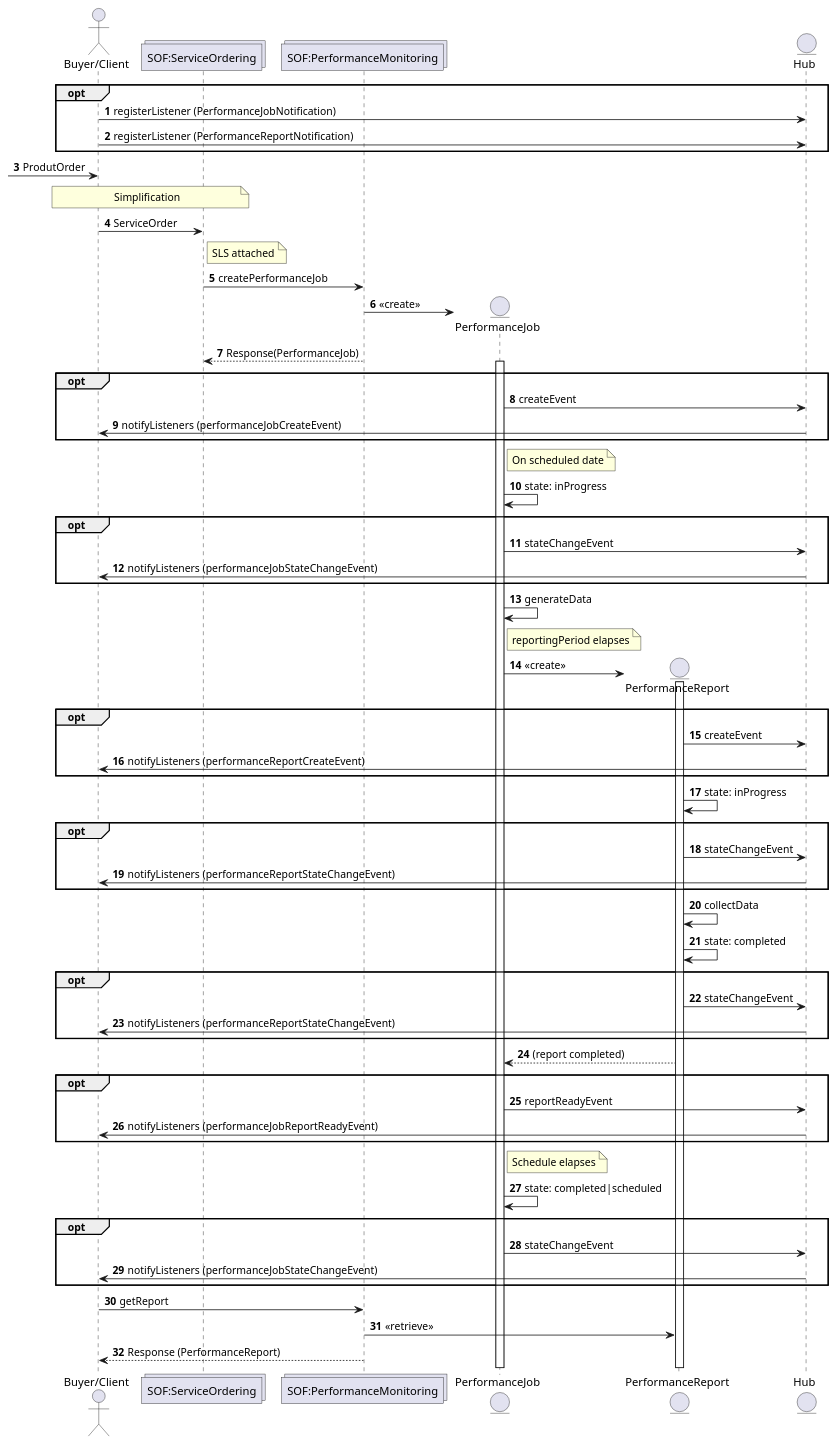
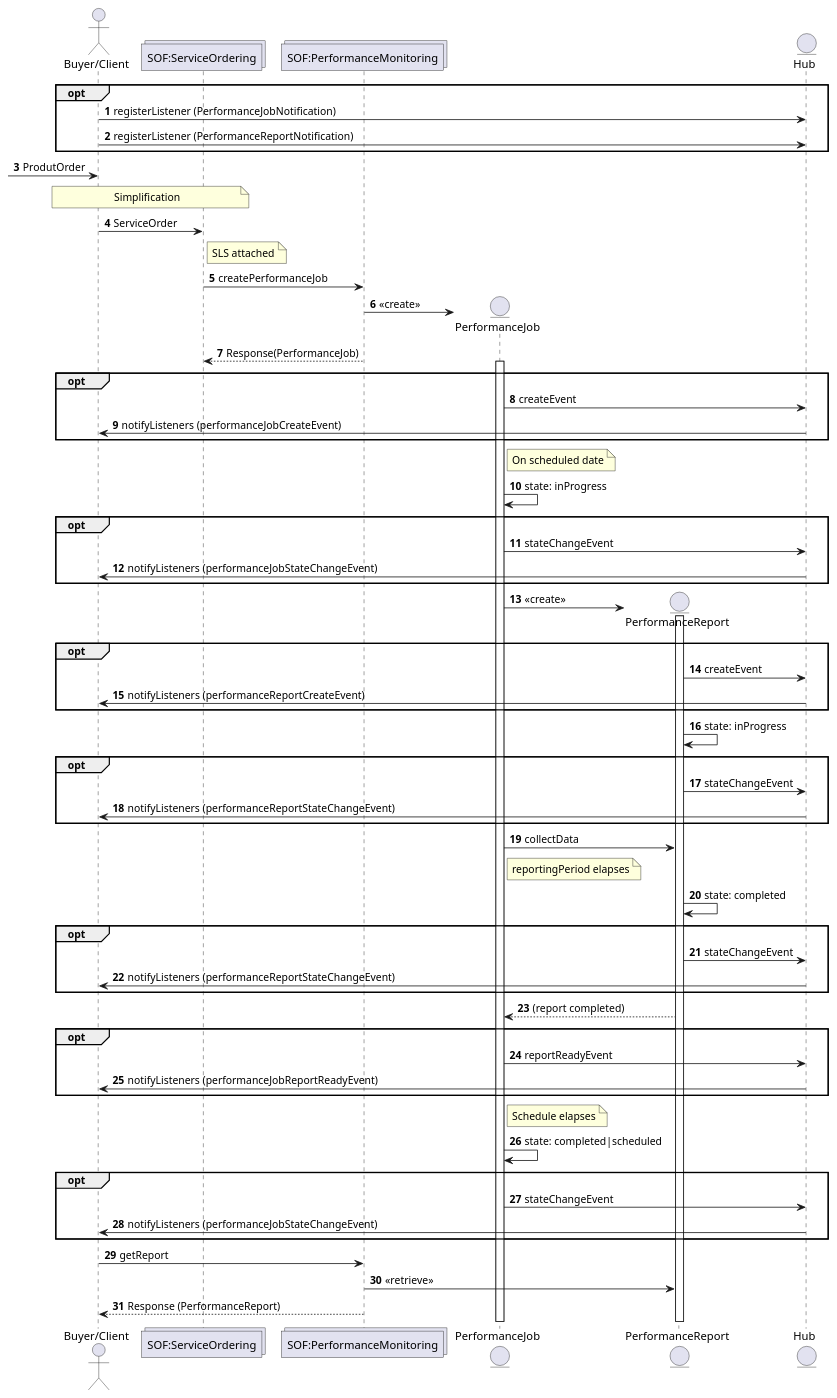
The diagram in documentation/serviceApi/pm/performance/media/src/pmProvisioningInServiceOrder.puml (MEF-GIT/MEF-LSO-Interlude-SDK), drawn with PlantUML before and after one commit. The commit also changed 74 other files, not shown here.

```diff
--- a/documentation/serviceApi/pm/performance/media/src/pmProvisioningInServiceOrder.puml
+++ b/documentation/serviceApi/pm/performance/media/src/pmProvisioningInServiceOrder.puml
@@ -1,96 +1,95 @@
 @startuml pmProvisioningInServiceOrder
 autonumber
 
 actor "Buyer/Client" as B
 
 collections "SOF:ServiceOrdering" as SO
 collections "SOF:PerformanceMonitoring" as PM
 
 entity Hub 
 
 opt
   B -> Hub: registerListener (PerformanceJobNotification)
   B -> Hub: registerListener (PerformanceReportNotification)
 end
 
 [-> B: ProdutOrder
 
 note over B,SO: Simplification
 B-> SO: ServiceOrder
 
 Note right of SO: SLS attached
 
 SO -> PM: createPerformanceJob
 create entity PerformanceJob as PJ
 PM -> PJ: <<create>>
 PM --> SO: Response(PerformanceJob)
 
 
 activate PJ
 
 opt
   PJ -> Hub: createEvent
   Hub -> B: notifyListeners (performanceJobCreateEvent)
 end
 
 note right of PJ: On scheduled date
 PJ -> PJ: state: inProgress
 
 opt
   PJ -> Hub: stateChangeEvent
   Hub -> B: notifyListeners (performanceJobStateChangeEvent)
 end
 
-PJ -> PJ: generateData
+create entity PerformanceReport as PR
 
-note right of PJ: reportingPeriod elapses
-
-create entity PerformanceReport as PR
 PJ -> PR: <<create>>
 
 activate PR
 
 opt
   PR -> Hub: createEvent
   Hub -> B: notifyListeners (performanceReportCreateEvent)
 end 
 
 PR -> PR: state: inProgress
 
 opt
   PR -> Hub: stateChangeEvent
   Hub -> B: notifyListeners (performanceReportStateChangeEvent)
 end
 
-PR -> PR: collectData
+PJ -> PR: collectData
+
+note right of PJ: reportingPeriod elapses
 
 PR -> PR: state: completed
 
 opt
   PR -> Hub: stateChangeEvent
   Hub -> B: notifyListeners (performanceReportStateChangeEvent)
 end
 
 PR --> PJ: (report completed)
 
 opt 
   PJ -> Hub: reportReadyEvent
   Hub -> B: notifyListeners (performanceJobReportReadyEvent)
 end 
 
 note right of PJ: Schedule elapses
 
 PJ -> PJ: state: completed|scheduled
 
 opt
   PJ -> Hub: stateChangeEvent
   Hub -> B: notifyListeners (performanceJobStateChangeEvent)
 end
 
 B -> PM: getReport
 PM -> PR: <<retrieve>>
 PM --> B: Response (PerformanceReport)
 
 entity Hub
 
 @enduml
```
